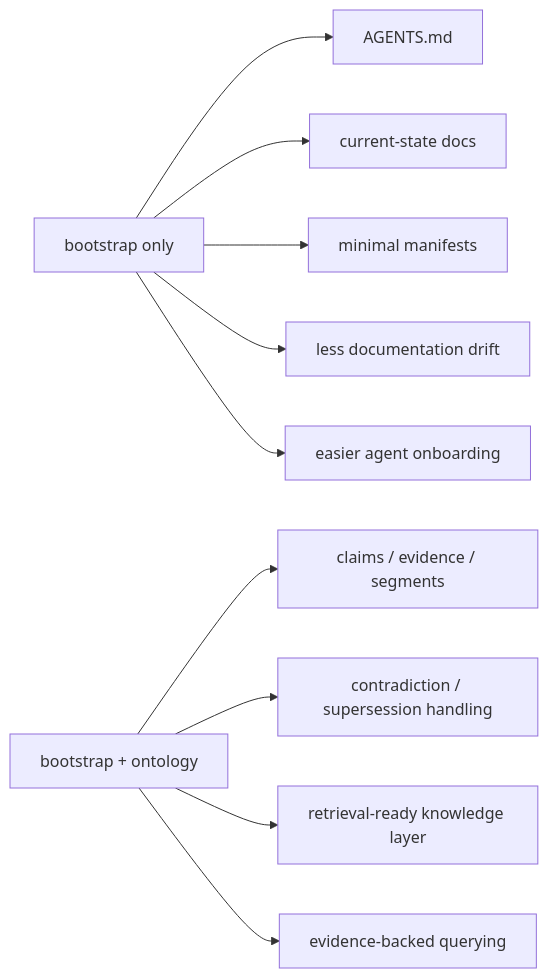
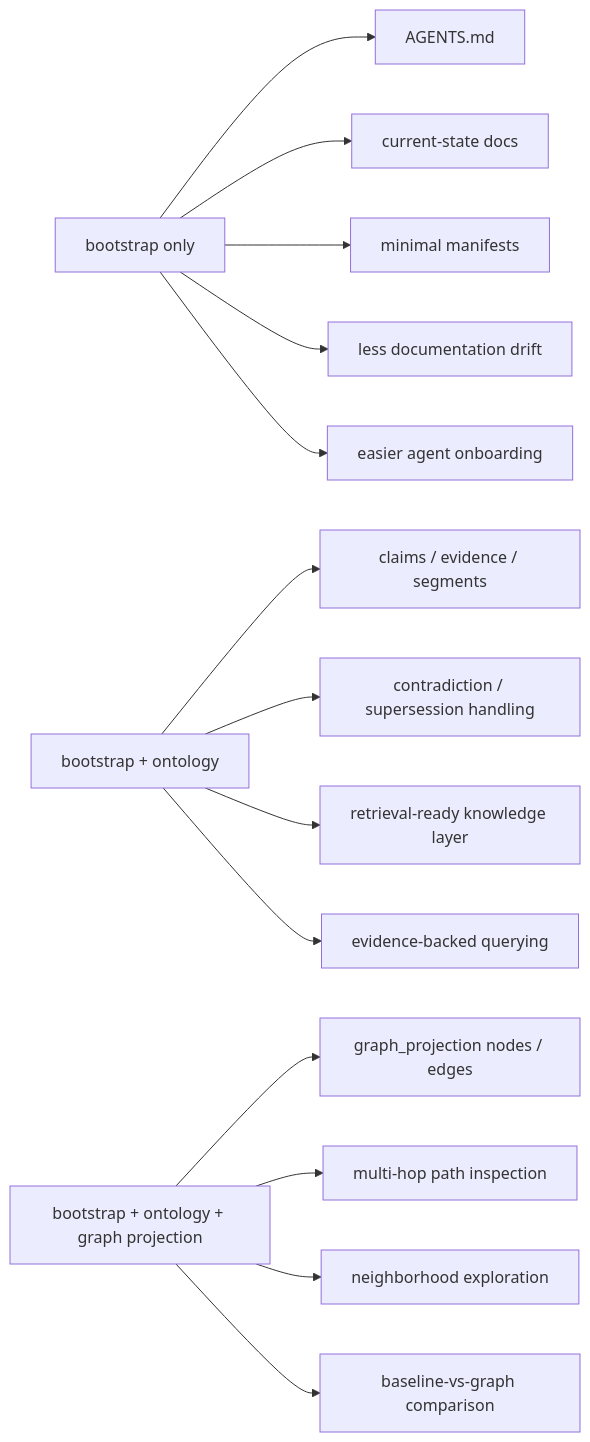
Diagram 14 of 14 in README.md (tteggu87/repo-docs-ontology-skills), drawn with Mermaid before and after one commit. The commit also changed other lines of this file, not shown here.

Commit message:
Patch README drift and Mermaid flows

````diff
--- a/README.md
+++ b/README.md
@@ -828,13 +859,18 @@
 ```mermaid
 flowchart LR
     A["bootstrap only"] --> B["AGENTS.md"]
     A --> C["current-state docs"]
     A --> D["minimal manifests"]
     A --> E["less documentation drift"]
     A --> F["easier agent onboarding"]
 
     G["bootstrap + ontology"] --> H["claims / evidence / segments"]
     G --> I["contradiction / supersession handling"]
     G --> J["retrieval-ready knowledge layer"]
     G --> K["evidence-backed querying"]
+
+    L["bootstrap + ontology + graph projection"] --> M["graph_projection nodes / edges"]
+    L --> N["multi-hop path inspection"]
+    L --> O["neighborhood exploration"]
+    L --> P["baseline-vs-graph comparison"]
 ```
````
